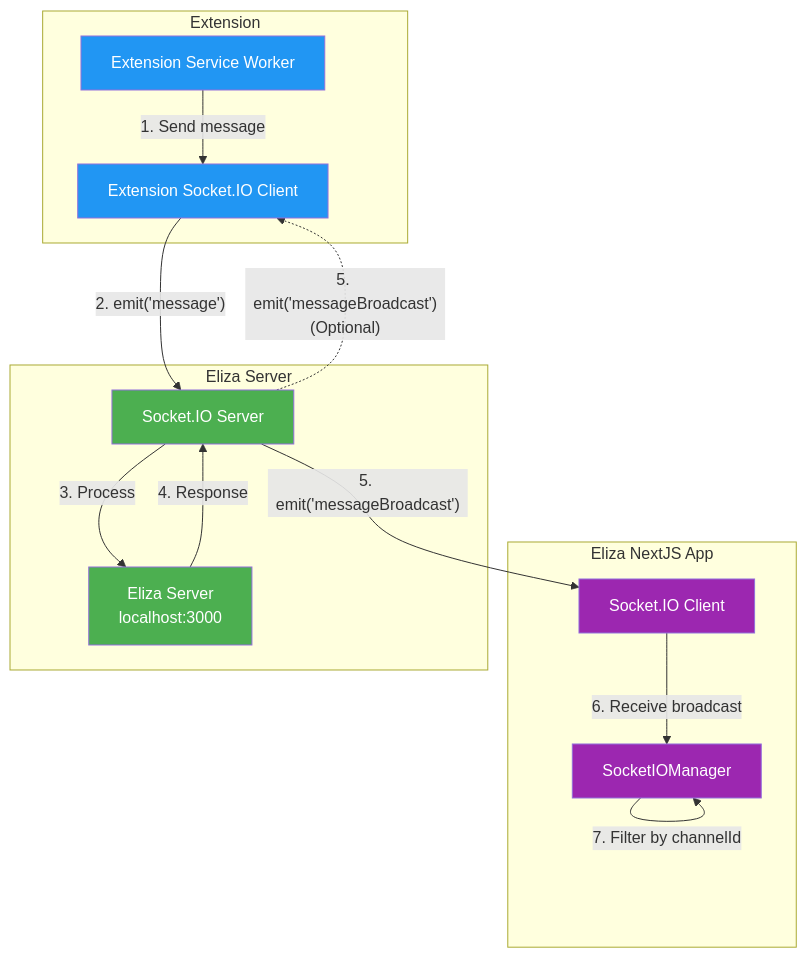
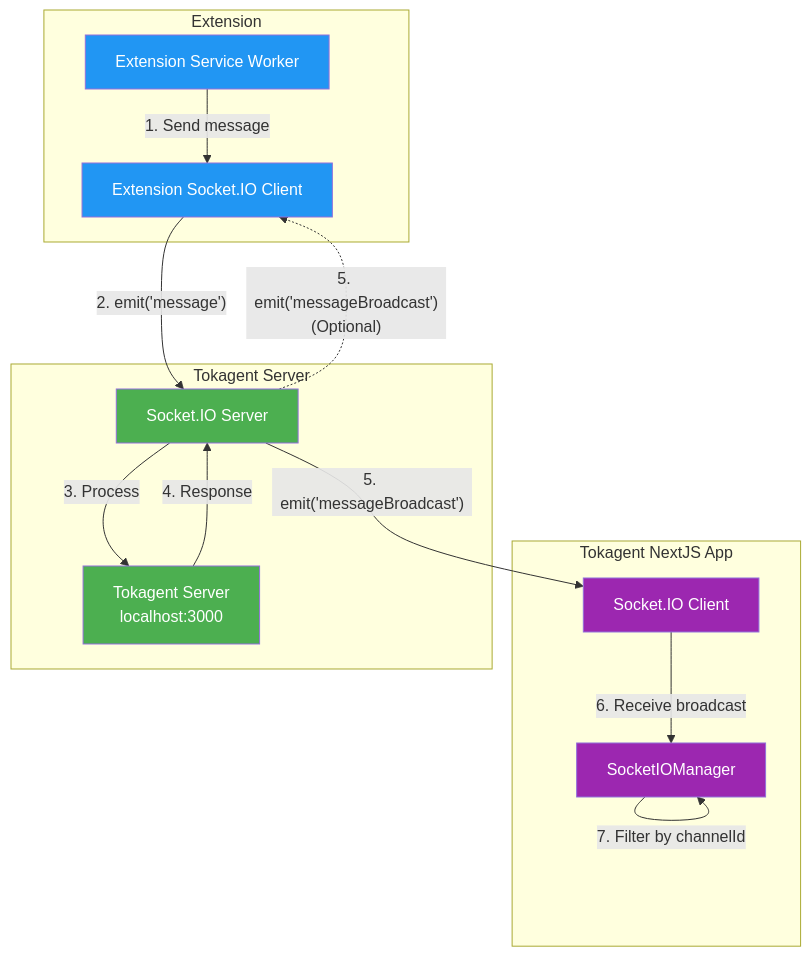
One commit to Mehd1b/Tokamak-AI-Layer changed the diagram in tokagentos/packages/docs/runtime/messaging.mdx. Above: the diagram before and after it, drawn with Mermaid. The commit also changed other lines of this file and 3711 other files, not shown here.

First line of the commit message:
tokagentos: apply mechanical rename (elizaOS -> tokagentOS)

````diff
--- a/tokagentos/packages/docs/runtime/messaging.mdx
+++ b/tokagentos/packages/docs/runtime/messaging.mdx
@@ -16,39 +16,39 @@
 ```mermaid
 flowchart TD
     subgraph "Extension"
         A[Extension Service Worker]
         B[Extension Socket.IO Client]
     end
 
-    subgraph "Eliza NextJS App"
+    subgraph "Tokagent NextJS App"
         C[SocketIOManager]
         D[Socket.IO Client]
     end
 
-    subgraph "Eliza Server"
-        E[Eliza Server<br/>localhost:3000]
+    subgraph "Tokagent Server"
+        E[Tokagent Server<br/>localhost:3000]
         F[Socket.IO Server]
     end
 
     %% Extension to Server flow
     A -->|"1. Send message"| B
     B -->|"2. emit('message')"| F
     F -->|"3. Process"| E
     E -->|"4. Response"| F
 
     %% Server broadcasts to clients
     F -->|"5. emit('messageBroadcast')"| D
     F -.->|"5. emit('messageBroadcast')<br/>(Optional)"| B
 
     %% Internal app flow
     D -->|"6. Receive broadcast"| C
     C -->|"7. Filter by channelId"| C
 
     classDef extension fill:#2196f3,color:#fff
     classDef server fill:#4caf50,color:#fff
     classDef client fill:#9c27b0,color:#fff
 
     class A,B extension
     class E,F server
     class C,D client
 ```
````
